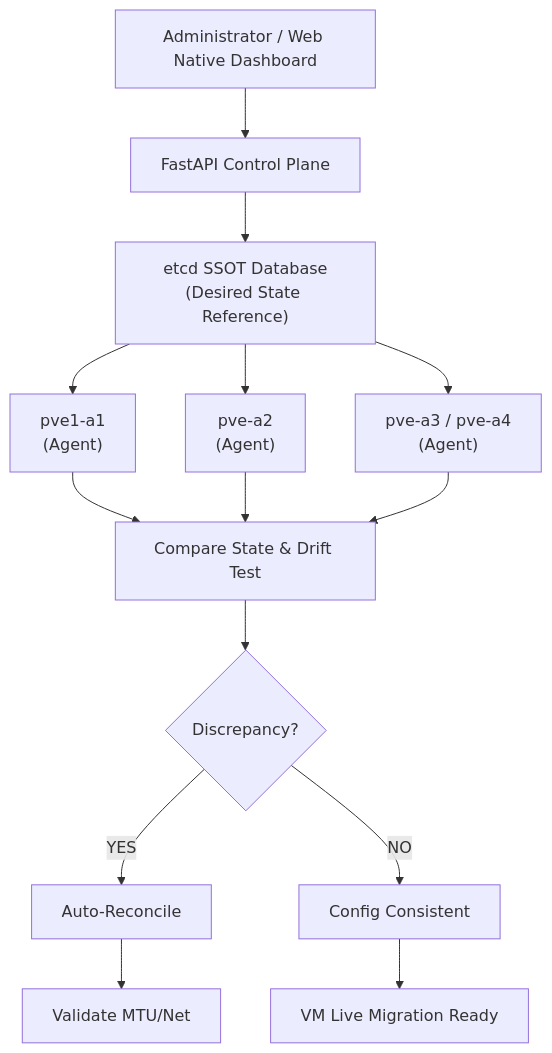
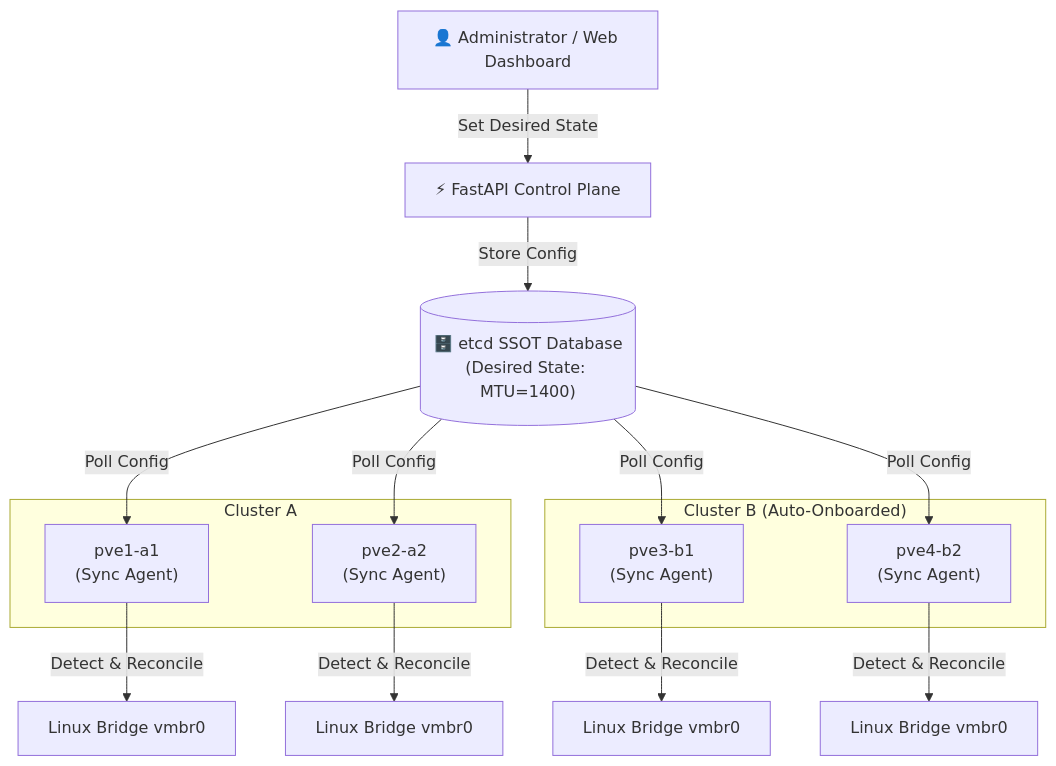
Before and after one commit to ahmadsyafik/proxmox-orchestrator: the diagram in README.md, drawn with Mermaid. The commit also changed other lines of this file, not shown here.

````diff
--- a/README.md
+++ b/README.md
@@ -16,21 +27,25 @@
 ```mermaid
 graph TD
-    Admin["Administrator / Web Native Dashboard"] --> ControlPlane["FastAPI Control Plane"]
-    ControlPlane --> ETCD["etcd SSOT Database<br/>(Desired State Reference)"]
-    
-    ETCD --> Node1["pve1-a1<br/>(Agent)"]
-    ETCD --> Node2["pve-a2<br/>(Agent)"]
-    ETCD --> Node3["pve-a3 / pve-a4<br/>(Agent)"]
-    
-    Node1 --> DriftTest["Compare State & Drift Test"]
-    Node2 --> DriftTest
-    Node3 --> DriftTest
-    
-    DriftTest --> Discrepancy{"Discrepancy?"}
-    
-    Discrepancy -- YES --> AutoReconcile["Auto-Reconcile"]
-    AutoReconcile --> ValidateMTU["Validate MTU/Net"]
-    
-    Discrepancy -- NO --> ConfigConsistent["Config Consistent"]
-    ConfigConsistent --> MigrationReady["VM Live Migration Ready"]
+    Admin["👤 Administrator / Web Dashboard"] -->|Set Desired State| ControlPlane["⚡ FastAPI Control Plane"]
+    ControlPlane -->|Store Config| SSOT[("🗄️ etcd SSOT Database\n(Desired State: MTU=1400)")]
+
+    subgraph Cluster_A ["Cluster A"]
+        Node1["pve1-a1\n(Sync Agent)"]
+        Node2["pve2-a2\n(Sync Agent)"]
+    end
+
+    subgraph Cluster_B ["Cluster B (Auto-Onboarded)"]
+        Node3["pve3-b1\n(Sync Agent)"]
+        Node4["pve4-b2\n(Sync Agent)"]
+    end
+
+    SSOT -->|Poll Config| Node1
+    SSOT -->|Poll Config| Node2
+    SSOT -->|Poll Config| Node3
+    SSOT -->|Poll Config| Node4
+
+    Node1 -->|Detect & Reconcile| PhysicalNet1["Linux Bridge vmbr0"]
+    Node2 -->|Detect & Reconcile| PhysicalNet2["Linux Bridge vmbr0"]
+    Node3 -->|Detect & Reconcile| PhysicalNet3["Linux Bridge vmbr0"]
+    Node4 -->|Detect & Reconcile| PhysicalNet4["Linux Bridge vmbr0"]
 ```
````
